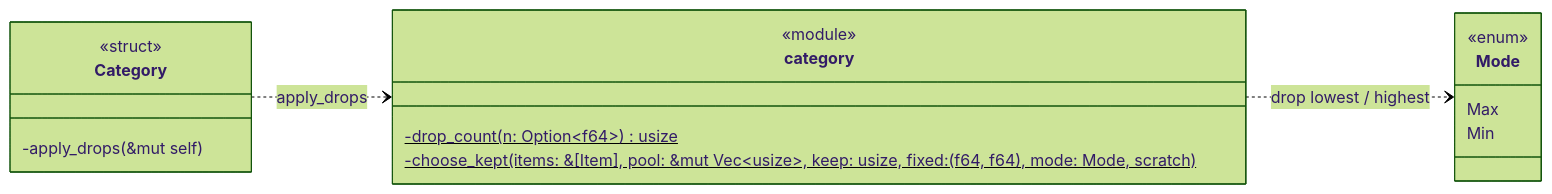
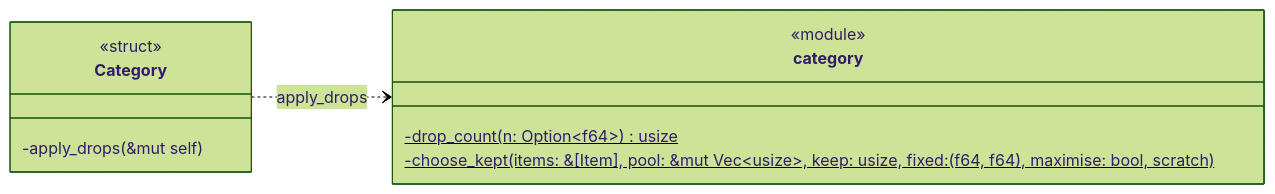
The third of 8 diagrams in docs/uml.md (Patman1O1/grade-calculator), drawn with Mermaid (forest theme) before and after one commit. The commit also changed other lines of this file and 11 other files, not shown here.

First line of the commit message:
Base the engine on Item, Category, Course, Status, Scale and Scheme only

````diff
--- a/docs/uml.md
+++ b/docs/uml.md
@@ -216,20 +200,14 @@
 ```mermaid
 classDiagram
   direction LR
   class category {
     <<module>>
     -drop_count(n: Option~f64~)$ usize
-    -choose_kept(items: &[Item], pool: &mut Vec~usize~, keep: usize, fixed: (f64, f64), mode: Mode, scratch)$
-  }
-  class Mode {
-    <<enum>>
-    Max
-    Min
+    -choose_kept(items: &[Item], pool: &mut Vec~usize~, keep: usize, fixed: (f64, f64), maximise: bool, scratch)$
   }
   class Category {
     <<struct>>
     -apply_drops(&mut self)
   }
   Category ..> category : apply_drops
-  category ..> Mode : drop lowest / highest
 ```
````
